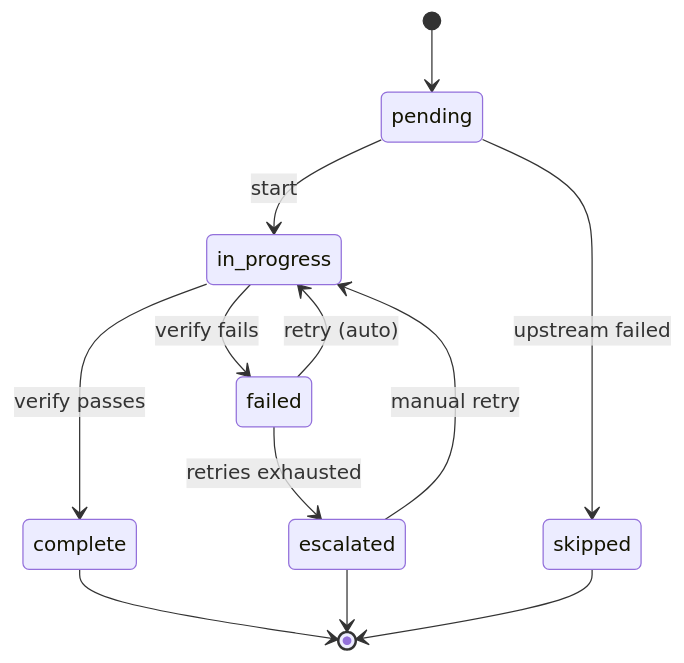
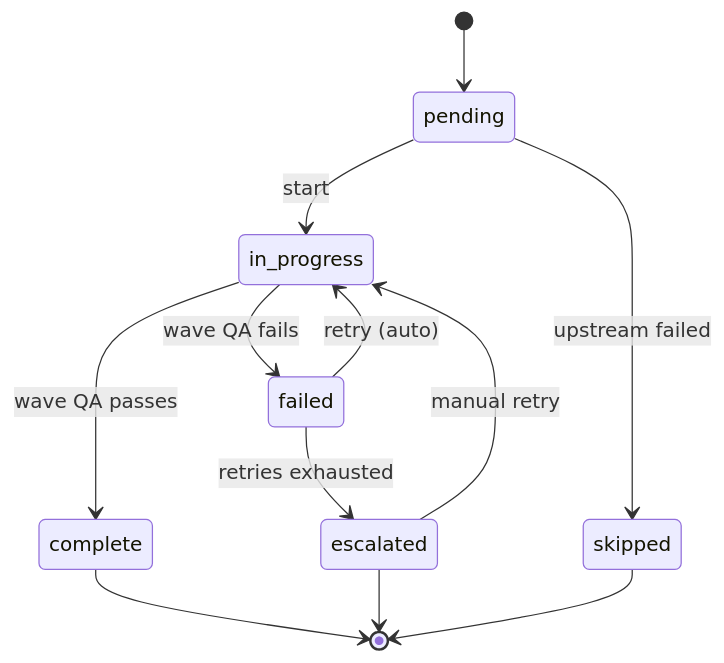
The first of 4 diagrams in README.md (pupubird/specwork), drawn with Mermaid before and after one commit. The commit also changed other lines of this file and 72 other files, not shown here.

````diff
--- a/README.md
+++ b/README.md
@@ -33,18 +33,18 @@
 ```mermaid
 stateDiagram-v2
     [*] --> pending
     pending --> in_progress : start
     pending --> skipped : upstream failed
 
-    in_progress --> complete : verify passes
-    in_progress --> failed : verify fails
+    in_progress --> complete : wave QA passes
+    in_progress --> failed : wave QA fails
 
     failed --> in_progress : retry (auto)
     failed --> escalated : retries exhausted
 
     escalated --> in_progress : manual retry
 
     complete --> [*]
     skipped --> [*]
     escalated --> [*]
 ```
````
